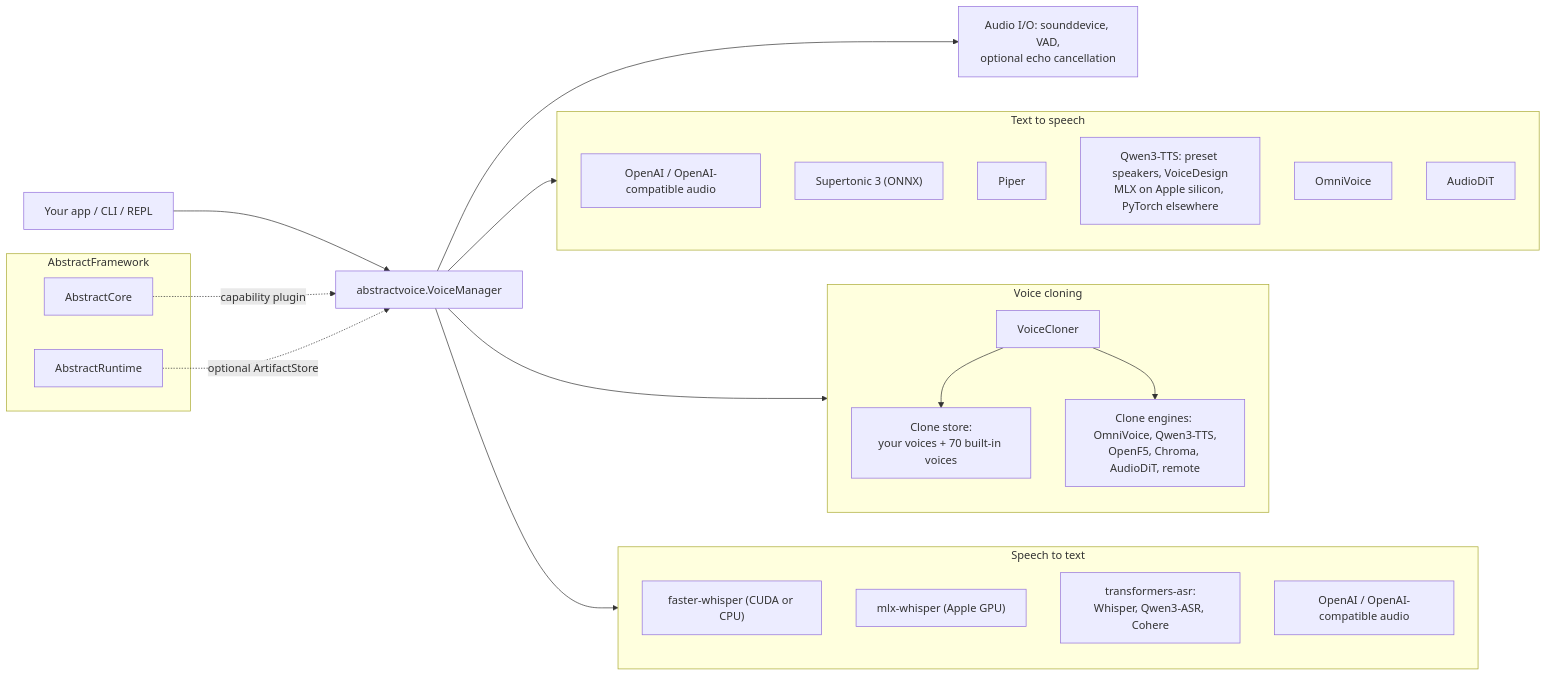
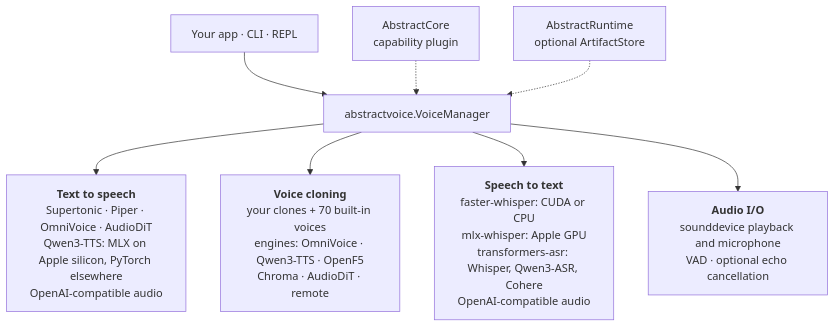
Before and after one commit to lpalbou/AbstractVoice: the diagram in README.md, drawn with Mermaid. The commit also changed 4 other files, not shown here.

First line of the commit message:
Docs: diagrams readable at normal width; 0.17.2

````diff
--- a/README.md
+++ b/README.md
@@ -82,37 +82,21 @@
 ```mermaid
-flowchart LR
-  App["Your app / CLI / REPL"] --> VM["abstractvoice.VoiceManager"]
+flowchart TB
+  App["Your app · CLI · REPL"]
+  AC["AbstractCore<br/>capability plugin"]
+  AR["AbstractRuntime<br/>optional ArtifactStore"]
+  VM["abstractvoice.VoiceManager"]
 
-  subgraph TTS["Text to speech"]
-    RemoteTTS["OpenAI / OpenAI-compatible audio"]
-    Supertonic["Supertonic 3 (ONNX)"]
-    Piper["Piper"]
-    Qwen["Qwen3-TTS: preset speakers, VoiceDesign<br/>MLX on Apple silicon, PyTorch elsewhere"]
-    Omni["OmniVoice"]
-    DiT["AudioDiT"]
-  end
+  App --> VM
+  AC -.-> VM
+  AR -.-> VM
 
-  subgraph Cloning["Voice cloning"]
-    Cloner["VoiceCloner"] --> Store["Clone store:<br/>your voices + 70 built-in voices"]
-    Cloner --> Engines["Clone engines: OmniVoice, Qwen3-TTS,<br/>OpenF5, Chroma, AudioDiT, remote"]
-  end
-
-  subgraph STT["Speech to text"]
-    FW["faster-whisper (CUDA or CPU)"]
-    MW["mlx-whisper (Apple GPU)"]
-    TA["transformers-asr:<br/>Whisper, Qwen3-ASR, Cohere"]
-    RemoteSTT["OpenAI / OpenAI-compatible audio"]
-  end
+  TTS["<b>Text to speech</b><br/>Supertonic · Piper · OmniVoice · AudioDiT<br/>Qwen3-TTS: MLX on Apple silicon, PyTorch elsewhere<br/>OpenAI-compatible audio"]
+  CLONE["<b>Voice cloning</b><br/>your clones + 70 built-in voices<br/>engines: OmniVoice · Qwen3-TTS · OpenF5<br/>Chroma · AudioDiT · remote"]
+  STT["<b>Speech to text</b><br/>faster-whisper: CUDA or CPU<br/>mlx-whisper: Apple GPU<br/>transformers-asr: Whisper, Qwen3-ASR, Cohere<br/>OpenAI-compatible audio"]
+  IO["<b>Audio I/O</b><br/>sounddevice playback and microphone<br/>VAD · optional echo cancellation"]
 
   VM --> TTS
-  VM --> Cloning
+  VM --> CLONE
   VM --> STT
-  VM --> IO["Audio I/O: sounddevice, VAD,<br/>optional echo cancellation"]
-
-  subgraph Framework["AbstractFramework"]
-    AC["AbstractCore"]
-    AR["AbstractRuntime"]
-  end
-  AC -. "capability plugin" .-> VM
-  AR -. "optional ArtifactStore" .-> VM
+  VM --> IO
 ```
````
